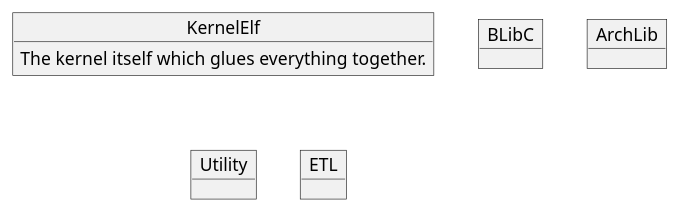
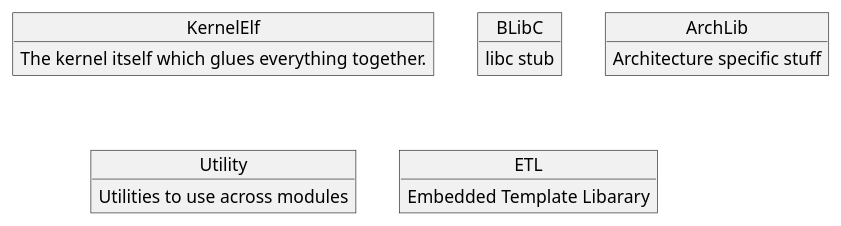
The diagram in Docs/ModuleDiagram.puml (cbladt/BladtOS), drawn with PlantUML before and after one commit. The commit also changed 2 other files, not shown here.

```diff
--- a/Docs/ModuleDiagram.puml
+++ b/Docs/ModuleDiagram.puml
@@ -1,11 +1,18 @@
 @startuml
 
 object KernelElf
 KernelElf : The kernel itself which glues everything together.
 
 object BLibC
+BLibC : libc stub
+
 object ArchLib
+ArchLib : Architecture specific stuff
+
 object Utility
+Utility : Utilities to use across modules
+
 object ETL
+ETL : Embedded Template Libarary
 
 @enduml
```
